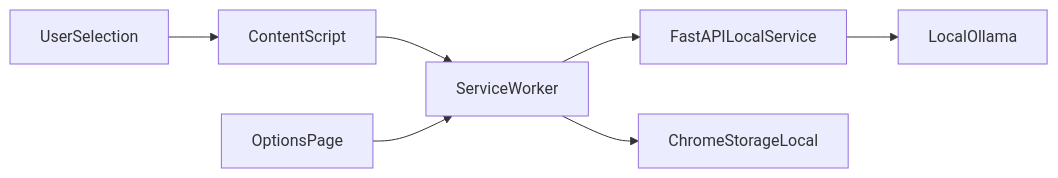
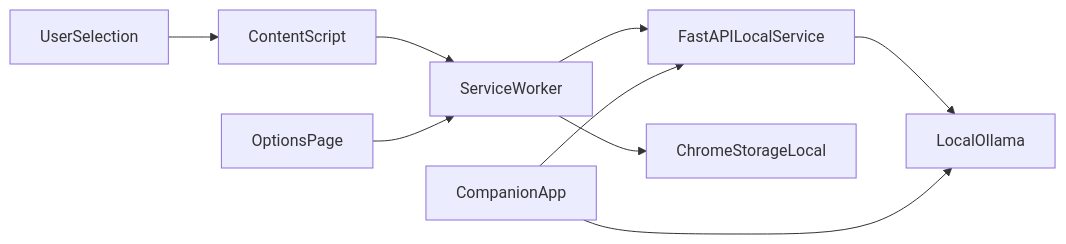
One commit to cogito0823/SnapInsight changed the first of 3 diagrams in docs/design/extension-and-local-service-design.md. Above: the diagram before and after it, drawn with Mermaid. The commit also changed other lines of this file and 23 other files, not shown here.

First line of the commit message:
build macOS companion app MVP

````diff
--- a/docs/design/extension-and-local-service-design.md
+++ b/docs/design/extension-and-local-service-design.md
@@ -44,9 +46,11 @@
 ```mermaid
 flowchart LR
     user[UserSelection] --> contentScript[ContentScript]
     contentScript --> serviceWorker[ServiceWorker]
     serviceWorker --> localApi[FastAPILocalService]
     localApi --> ollama[LocalOllama]
     serviceWorker --> storage[ChromeStorageLocal]
     optionsPage[OptionsPage] --> serviceWorker
+    companion[CompanionApp] --> localApi
+    companion --> ollama
 ```
````
